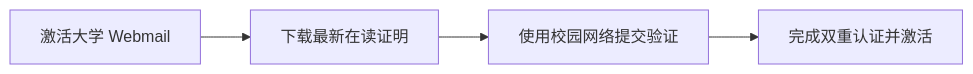
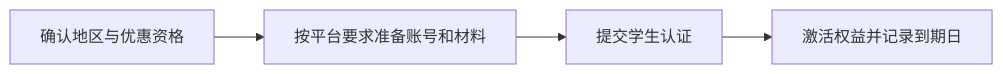
Before and after one commit to Kant-Righteous/franchina: the diagram in docs/pages/life/ai-benefits.md, drawn with Mermaid. The commit also changed other lines of this file and 5 other files, not shown here.

````diff
--- a/docs/pages/life/ai-benefits.md
+++ b/docs/pages/life/ai-benefits.md
@@ -78,6 +108,6 @@
 ```mermaid
 graph LR
-    A[激活大学 Webmail] --> B[下载最新在读证明]
-    B --> C[使用校园网络提交验证]
-    C --> D[完成双重认证并激活]
+    A[确认地区与优惠资格] --> B[按平台要求准备账号和材料]
+    B --> C[提交学生认证]
+    C --> D[激活权益并记录到期日]
 ```
````
